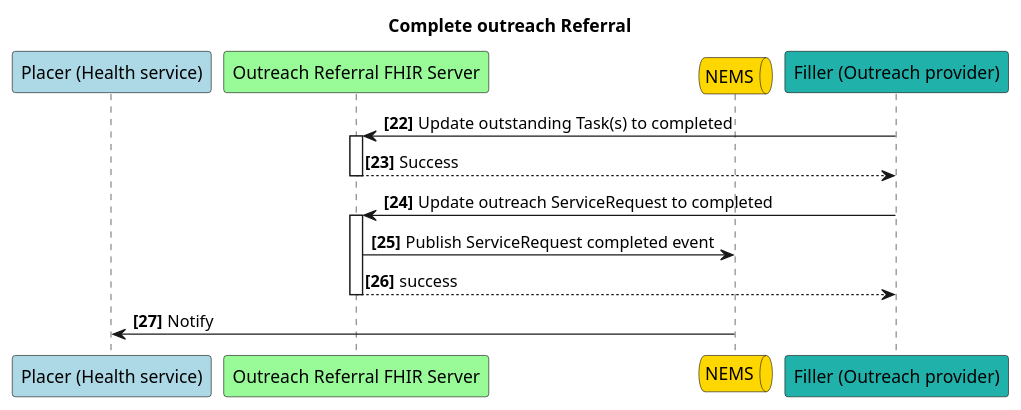
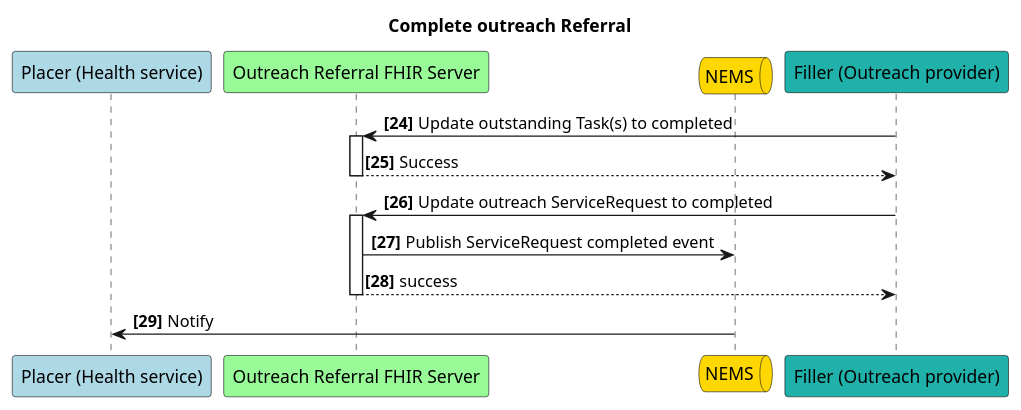
Before and after one commit to tewhatuora/cinc-fhir-ig: the diagram in input/images-source/outreach-complete-outreach-referral.plantuml, drawn with PlantUML. The commit also changed 2 other files, not shown here.

Commit message:
updated sequence diagrams

```diff
--- a/input/images-source/outreach-complete-outreach-referral.plantuml
+++ b/input/images-source/outreach-complete-outreach-referral.plantuml
@@ -1,18 +1,18 @@
 @startuml
-autonumber 22 "<b>[00]"
+autonumber 24 "<b>[00]"
 Participant "Placer (Health service)" as p #lightblue
 participant "Outreach Referral FHIR Server" as s #palegreen
 queue "NEMS" as n #gold
 Participant "Filler (Outreach provider)" as f #LightSeaGreen
 
 title Complete outreach Referral
 
 f -> s++: Update outstanding Task(s) to completed
 return Success
 
 f -> s++: Update outreach ServiceRequest to completed
 s -> n: Publish ServiceRequest completed event
 return success
 n -> p: Notify
 
 @enduml
```
